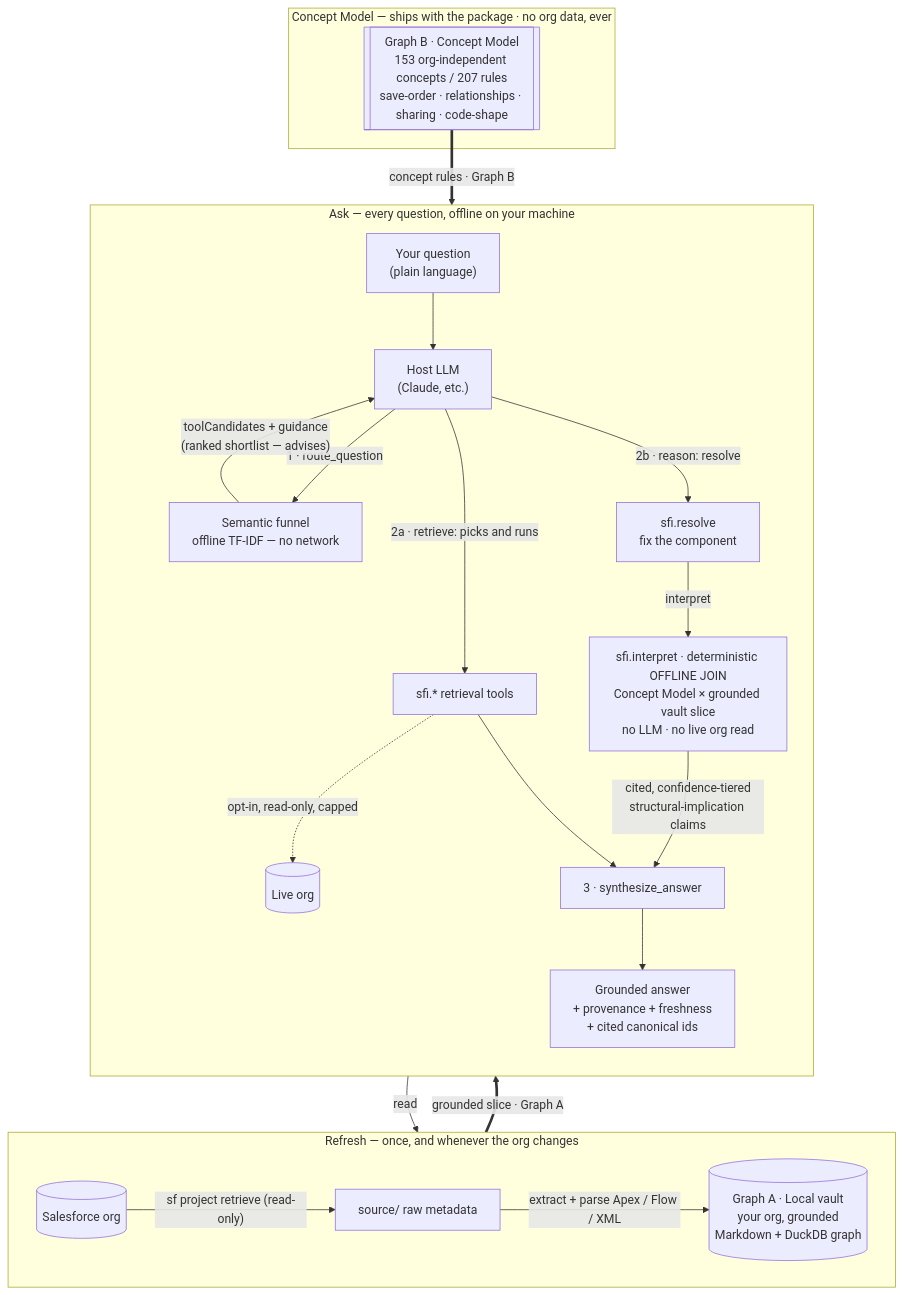
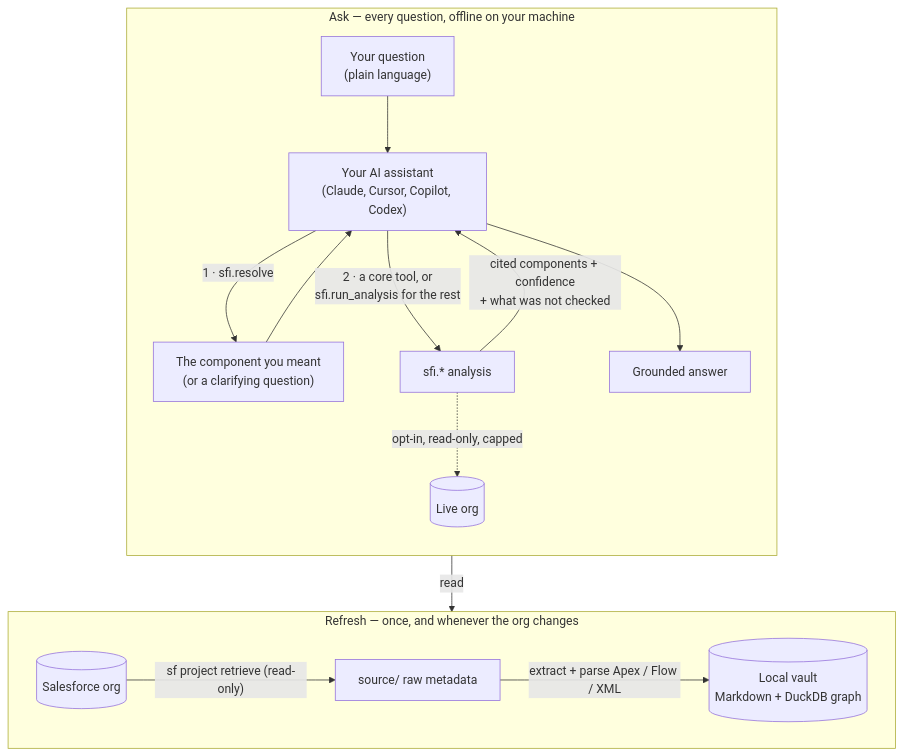
One commit to PranavNagrecha/Salesforce-Intelligence changed the diagram in README.md. Above: the diagram before and after it, drawn with Mermaid. The commit also changed other lines of this file and 208 other files, not shown here.

````diff
--- a/README.md
+++ b/README.md
@@ -199,30 +88,20 @@
 ```mermaid
 flowchart TB
     subgraph REFRESH["Refresh — once, and whenever the org changes"]
         direction LR
         ORG[("Salesforce org")] -->|"sf project retrieve (read-only)"| SRC["source/ raw metadata"]
-        SRC -->|"extract + parse Apex / Flow / XML"| VAULT[("Graph A · Local vault<br/>your org, grounded<br/>Markdown + DuckDB graph")]
-    end
-
-    subgraph CONCEPT["Concept Model — ships with the package · no org data, ever"]
-        CM[["Graph B · Concept Model<br/>153 org-independent concepts / 207 rules<br/>save-order · relationships · sharing · code-shape"]]
+        SRC -->|"extract + parse Apex / Flow / XML"| VAULT[("Local vault<br/>Markdown + DuckDB graph")]
     end
 
     subgraph ASK["Ask — every question, offline on your machine"]
         direction TB
-        Q["Your question<br/>(plain language)"] --> HOST["Host LLM<br/>(Claude, etc.)"]
-        HOST -->|"1 · route_question"| FUNNEL["Semantic funnel<br/>offline TF-IDF — no network"]
-        FUNNEL -->|"toolCandidates + guidance<br/>(ranked shortlist — advises)"| HOST
-        HOST -->|"2a · retrieve: picks and runs"| TOOLS["sfi.* retrieval tools"]
+        Q["Your question<br/>(plain language)"] --> HOST["Your AI assistant<br/>(Claude, Cursor, Copilot, Codex)"]
+        HOST -->|"1 · sfi.resolve"| RESOLVE["The component you meant<br/>(or a clarifying question)"]
+        RESOLVE --> HOST
+        HOST -->|"2 · a core tool, or<br/>sfi.run_analysis for the rest"| TOOLS["sfi.* analysis"]
         TOOLS -->|"read"| VAULT
         TOOLS -.->|"opt-in, read-only, capped"| LIVE[("Live org")]
-        HOST -->|"2b · reason: resolve"| RESOLVE["sfi.resolve<br/>fix the component"]
-        RESOLVE -->|"interpret"| INTERPRET["sfi.interpret · deterministic OFFLINE JOIN<br/>Concept Model × grounded vault slice<br/>no LLM · no live org read"]
-        INTERPRET -->|"cited, confidence-tiered<br/>structural-implication claims"| SYNTH["3 · synthesize_answer"]
-        TOOLS --> SYNTH
-        SYNTH --> ANS["Grounded answer<br/>+ provenance + freshness<br/>+ cited canonical ids"]
+        TOOLS -->|"cited components + confidence<br/>+ what was not checked"| HOST
+        HOST --> ANS["Grounded answer"]
     end
-
-    VAULT ==>|"grounded slice · Graph A"| INTERPRET
-    CM ==>|"concept rules · Graph B"| INTERPRET
 ```
````
